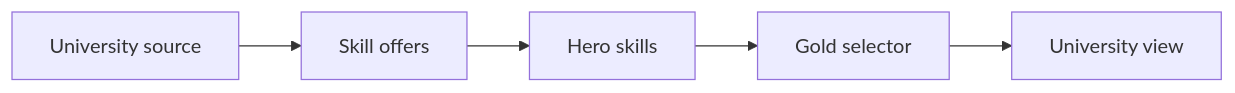
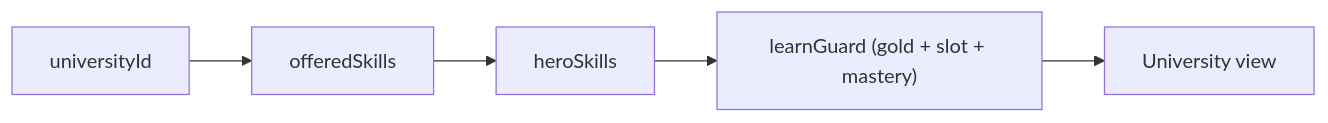
One commit to SunaNoOshiro/Heroes_Reforged_AI_Realms changed the second of 5 diagrams in docs/architecture/wiki/screens/53-university/architecture.md. Above: the diagram before and after it, drawn with Mermaid. The commit also changed other lines of this file and 518 other files, not shown here.

First line of the commit message:
Add doc-audit skill and sweep architecture/screen docs

````diff
--- a/docs/architecture/wiki/screens/53-university/architecture.md
+++ b/docs/architecture/wiki/screens/53-university/architecture.md
@@ -32,8 +44,7 @@
 ```mermaid
 flowchart LR
-  L0["University source"] --> L1
-  L1["Skill offers"] --> L2
-  L2["Hero skills"] --> L3
-  L3["Gold selector"] --> L4
-  L4["University view"]
+  L0["universityId"] --> L1["offeredSkills"]
+  L1 --> L2["heroSkills"]
+  L2 --> L3["learnGuard (gold + slot + mastery)"]
+  L3 --> L4["University view"]
 ```
````
